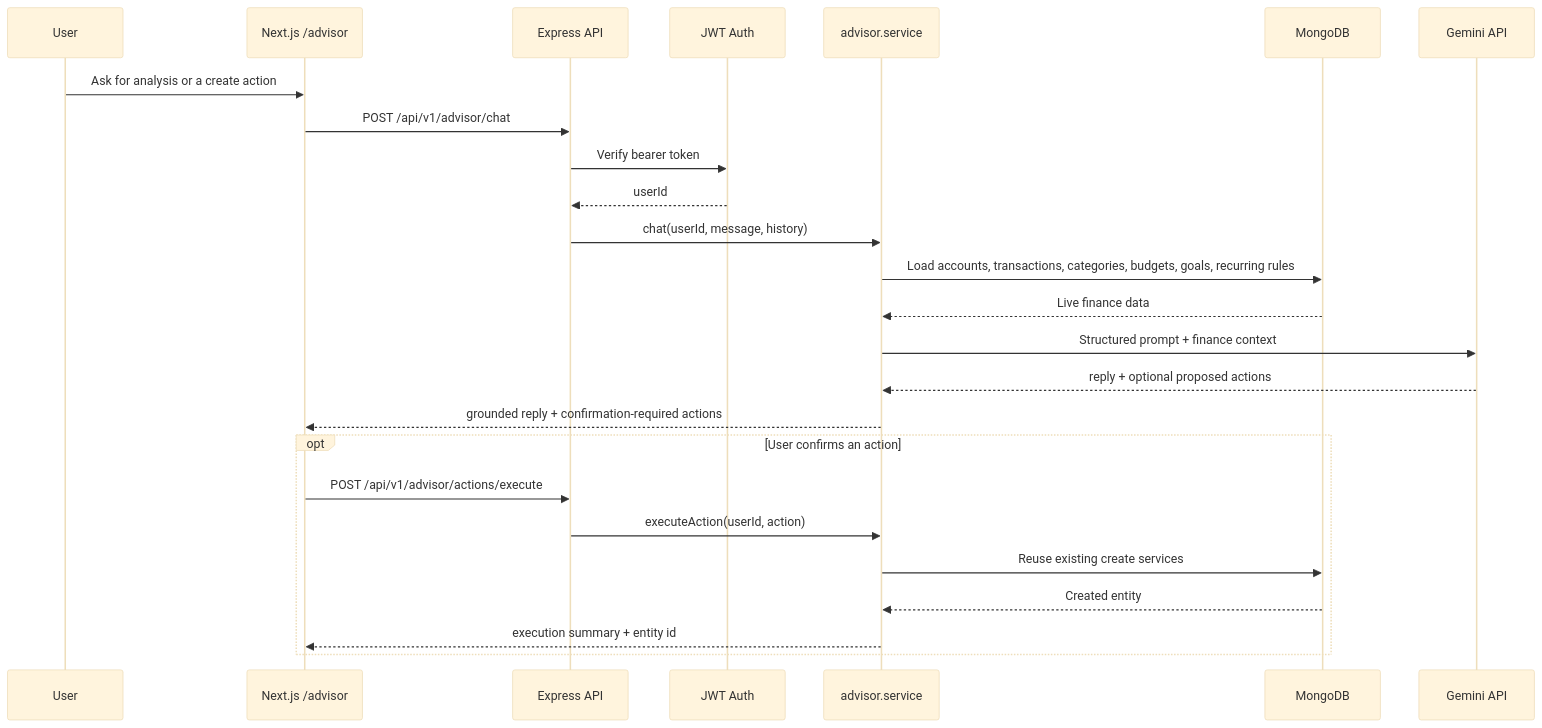
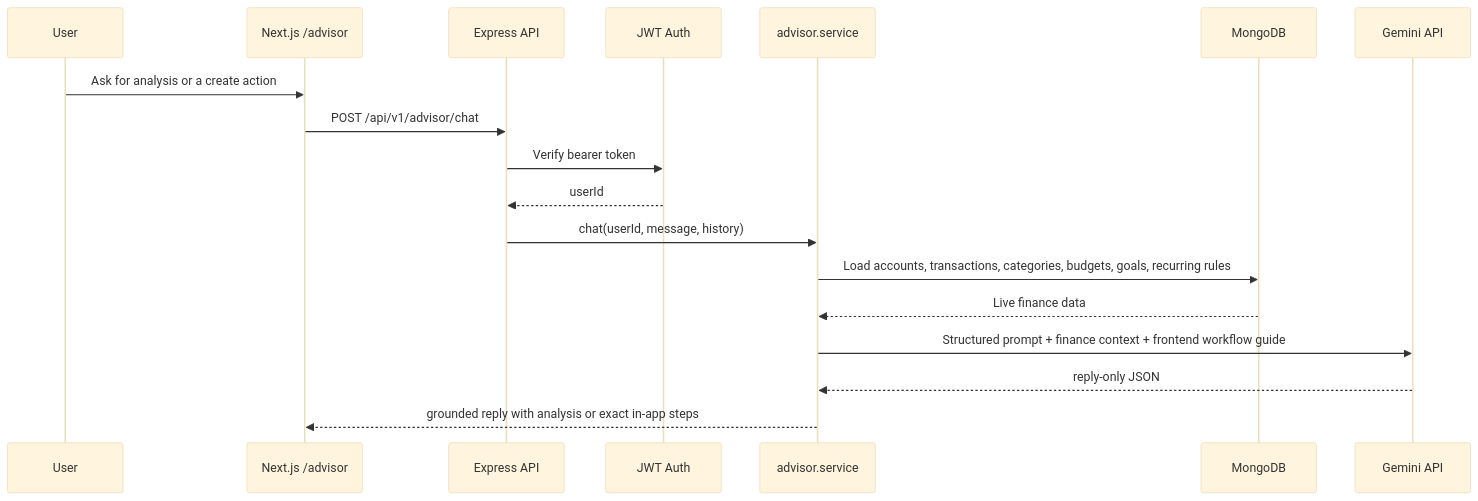
Before and after one commit to hoangsonww/WealthWise-Finance-Tracker: the fifth of 26 diagrams in ARCHITECTURE.md, drawn with Mermaid (base theme). The commit also changed other lines of this file and 15 other files, not shown here.

Commit message:
feat(advisor): refactor advisor actions to remove execution and streamline chat responses

````diff
--- a/ARCHITECTURE.md
+++ b/ARCHITECTURE.md
@@ -295,29 +295,21 @@
 ```mermaid
 sequenceDiagram
     participant U as User
     participant WEB as Next.js /advisor
     participant API as Express API
     participant AUTH as JWT Auth
     participant ADV as advisor.service
     participant DB as MongoDB
     participant GEM as Gemini API
 
     U->>WEB: Ask for analysis or a create action
     WEB->>API: POST /api/v1/advisor/chat
     API->>AUTH: Verify bearer token
     AUTH-->>API: userId
     API->>ADV: chat(userId, message, history)
     ADV->>DB: Load accounts, transactions, categories, budgets, goals, recurring rules
     DB-->>ADV: Live finance data
-    ADV->>GEM: Structured prompt + finance context
-    GEM-->>ADV: reply + optional proposed actions
-    ADV-->>WEB: grounded reply + confirmation-required actions
-
-    opt User confirms an action
-        WEB->>API: POST /api/v1/advisor/actions/execute
-        API->>ADV: executeAction(userId, action)
-        ADV->>DB: Reuse existing create services
-        DB-->>ADV: Created entity
-        ADV-->>WEB: execution summary + entity id
-    end
+    ADV->>GEM: Structured prompt + finance context + frontend workflow guide
+    GEM-->>ADV: reply-only JSON
+    ADV-->>WEB: grounded reply with analysis or exact in-app steps
 ```
````
